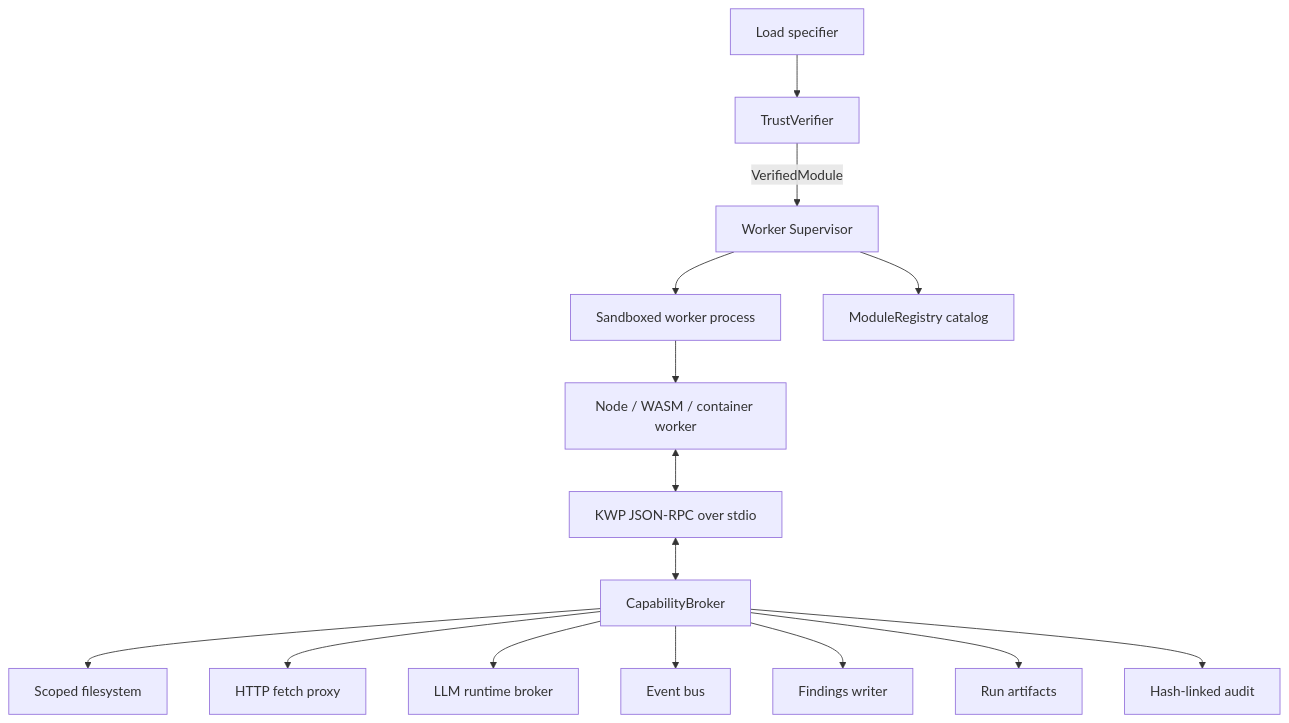
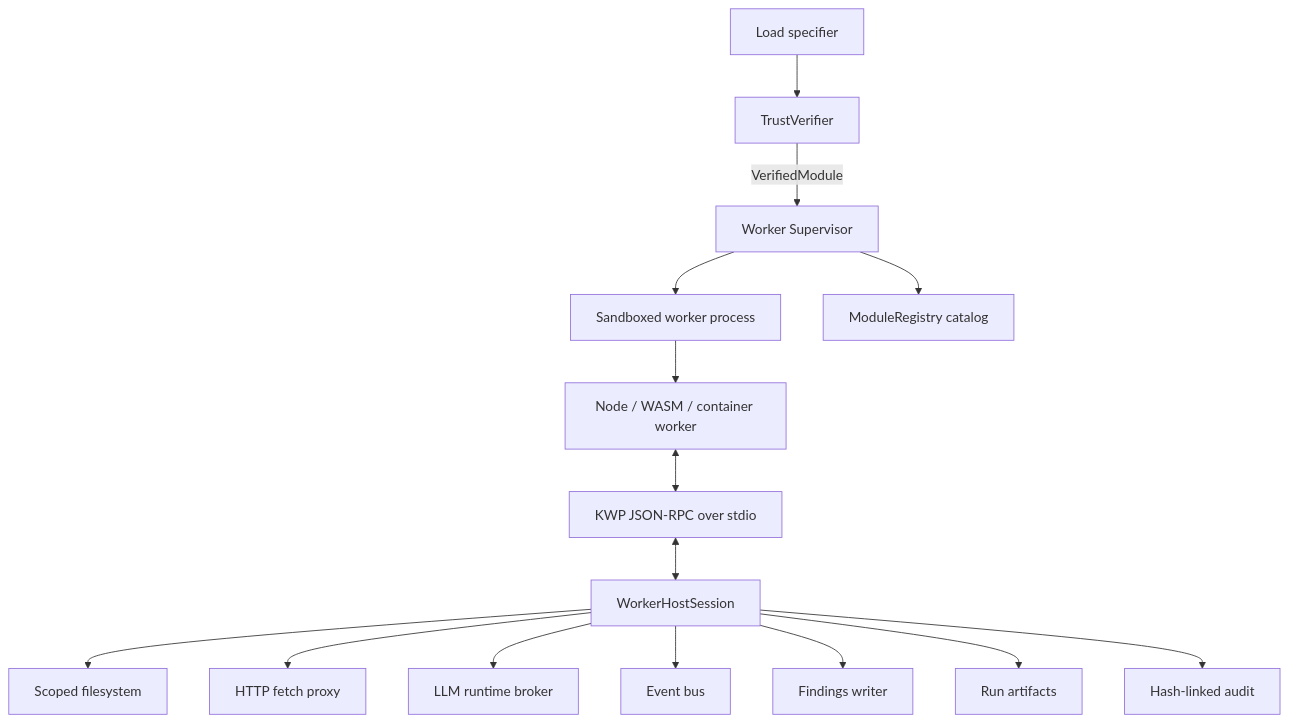
The first of 2 diagrams in docs/architecture/kwp-worker-protocol.md (allsmog/Kuzushi), drawn with Mermaid before and after one commit. The commit also changed other lines of this file and 20 other files, not shown here.

````diff
--- a/docs/architecture/kwp-worker-protocol.md
+++ b/docs/architecture/kwp-worker-protocol.md
@@ -37,17 +37,17 @@
 ```mermaid
 flowchart TD
   Specifier[Load specifier] --> Trust[TrustVerifier]
   Trust -->|VerifiedModule| Supervisor[Worker Supervisor]
   Supervisor --> Sandbox[Sandboxed worker process]
   Sandbox --> Worker[Node / WASM / container worker]
   Worker <--> KWP[KWP JSON-RPC over stdio]
-  KWP <--> Broker[CapabilityBroker]
-  Broker --> FS[Scoped filesystem]
-  Broker --> Net[HTTP fetch proxy]
-  Broker --> Runtime[LLM runtime broker]
-  Broker --> Bus[Event bus]
-  Broker --> Findings[Findings writer]
-  Broker --> Artifacts[Run artifacts]
-  Broker --> Audit[Hash-linked audit]
+  KWP <--> LiveBroker[WorkerHostSession]
+  LiveBroker --> FS[Scoped filesystem]
+  LiveBroker --> Net[HTTP fetch proxy]
+  LiveBroker --> Runtime[LLM runtime broker]
+  LiveBroker --> Bus[Event bus]
+  LiveBroker --> Findings[Findings writer]
+  LiveBroker --> Artifacts[Run artifacts]
+  LiveBroker --> Audit[Hash-linked audit]
   Supervisor --> Registry[ModuleRegistry catalog]
 ```
````
